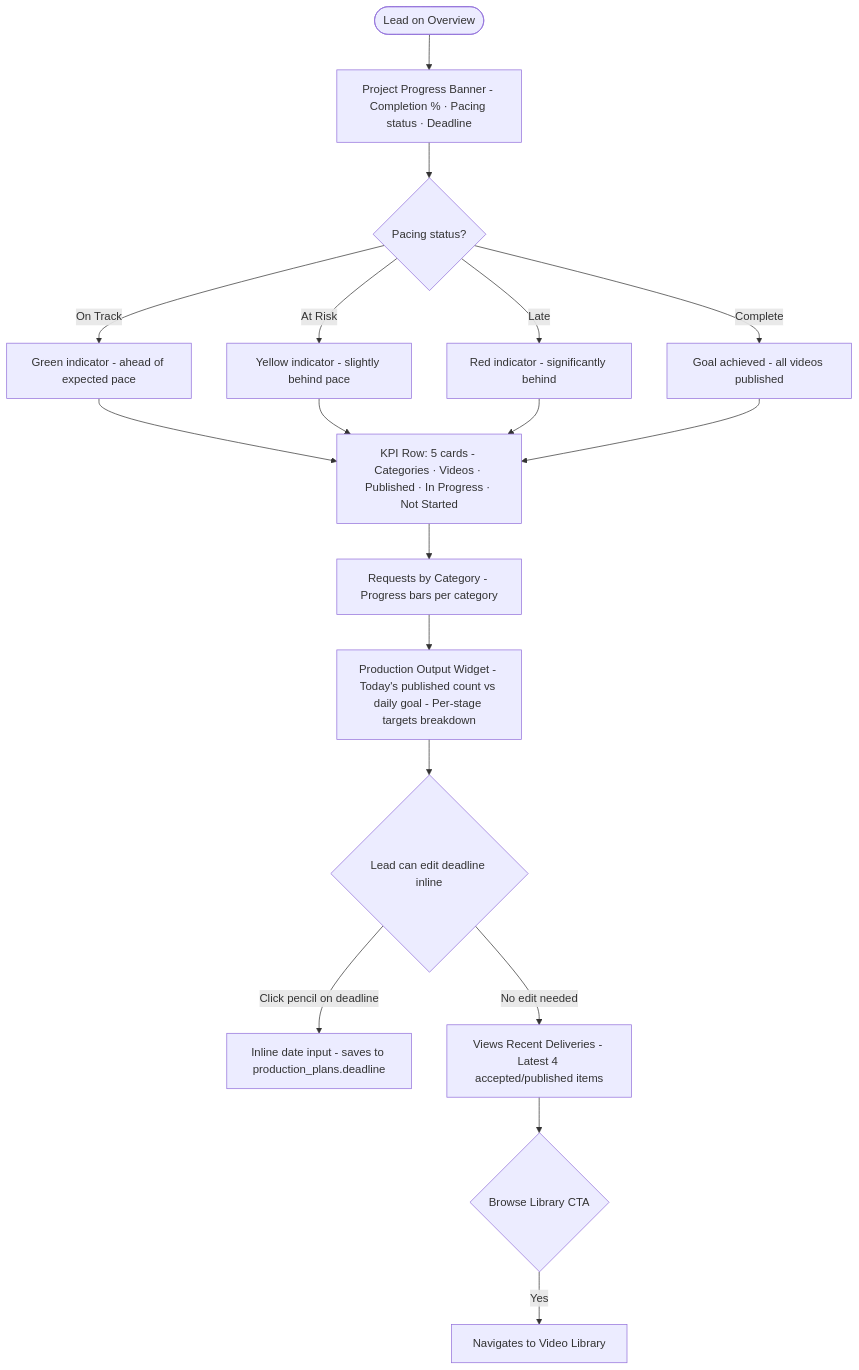
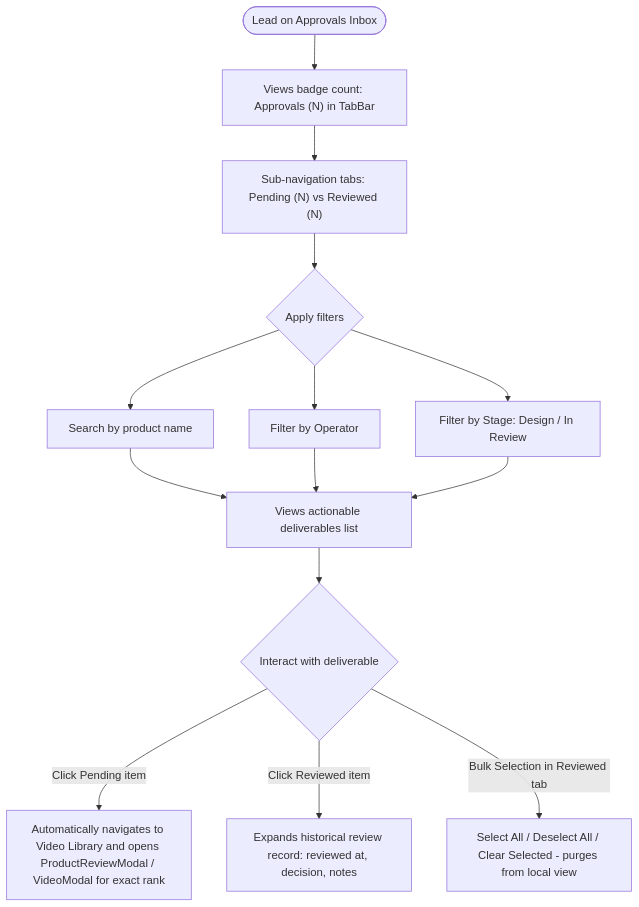
The ninth of 18 diagrams in role_workflows.md (Lyduke56/BuckedUp-Dashboard-Lifewood), drawn with Mermaid before and after one commit. The commit also changed other lines of this file and 6 other files, not shown here.

````diff
--- a/role_workflows.md
+++ b/role_workflows.md
@@ -332,17 +280,15 @@
 ```mermaid
 flowchart TD
-    A([Lead on Overview]) --> B["Project Progress Banner - Completion % · Pacing status · Deadline"]
-    B --> C{Pacing status?}
-    C -- "On Track" --> D1["Green indicator - ahead of expected pace"]
-    C -- "At Risk" --> D2["Yellow indicator - slightly behind pace"]
-    C -- Late --> D3["Red indicator - significantly behind"]
-    C -- Complete --> D4["Goal achieved - all videos published"]
-    D1 & D2 & D3 & D4 --> E["KPI Row: 5 cards - Categories · Videos · Published · In Progress · Not Started"]
-    E --> F["Requests by Category - Progress bars per category"]
-    F --> G["Production Output Widget - Today's published count vs daily goal - Per-stage targets breakdown"]
-    G --> H{Lead can edit deadline inline}
-    H -- "Click pencil on deadline" --> I["Inline date input - saves to production_plans.deadline"]
-    H -- "No edit needed" --> J["Views Recent Deliveries - Latest 4 accepted/published items"]
-    J --> K{Browse Library CTA}
-    K -- Yes --> L[Navigates to Video Library]
+    A([Lead on Approvals Inbox]) --> B["Views badge count: Approvals (N) in TabBar"]
+    B --> C["Sub-navigation tabs: Pending (N) vs Reviewed (N)"]
+    C --> D{Apply filters}
+    D --> E[Search by product name]
+    D --> F[Filter by Operator]
+    D --> G["Filter by Stage: Design / In Review"]
+    E & F & G --> H[Views actionable deliverables list]
+
+    H --> I{Interact with deliverable}
+    I -- "Click Pending item" --> J["Automatically navigates to Video Library and opens ProductReviewModal / VideoModal for exact rank"]
+    I -- "Click Reviewed item" --> K["Expands historical review record: reviewed at, decision, notes"]
+    I -- "Bulk Selection in Reviewed tab" --> L["Select All / Deselect All / Clear Selected - purges from local view"]
 ```
````
